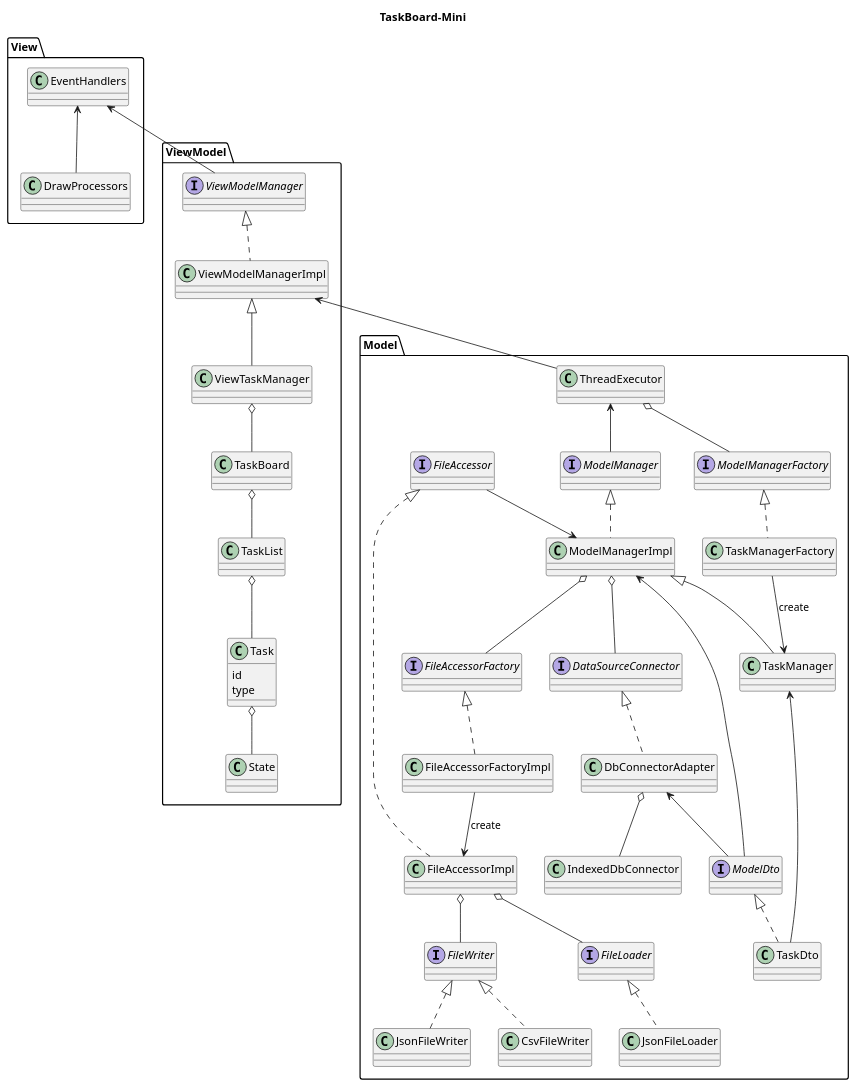
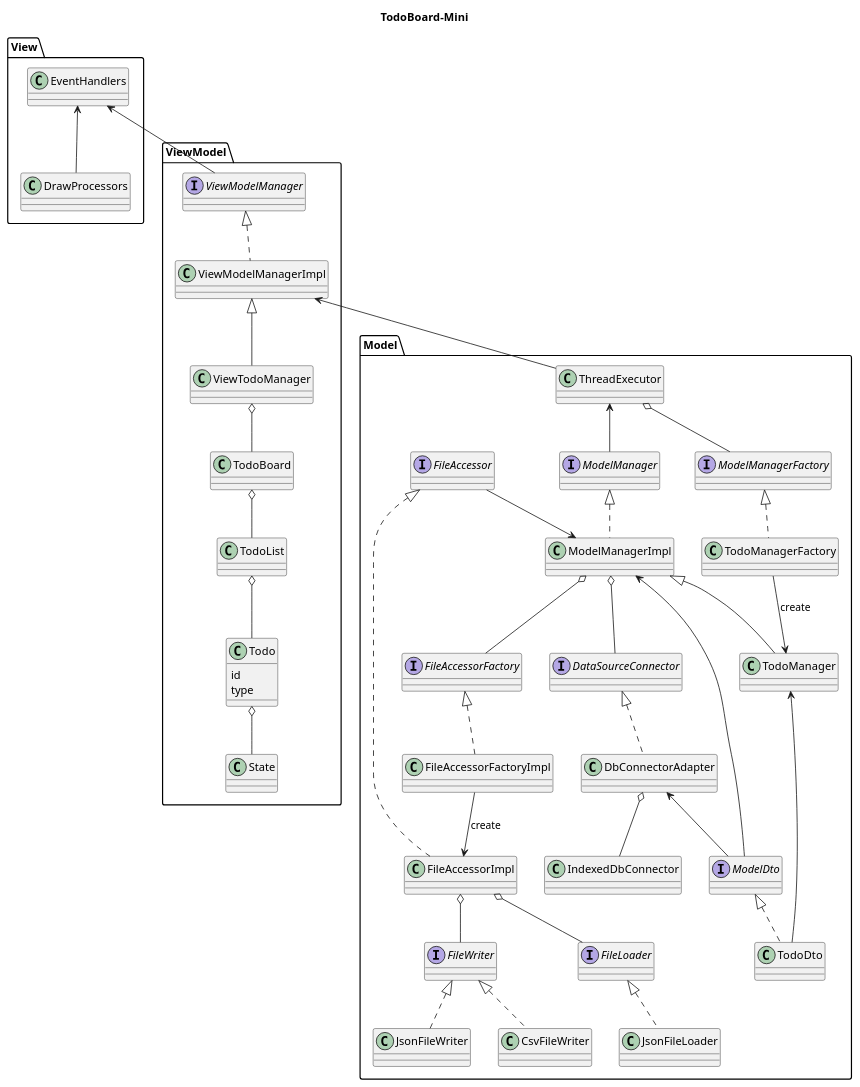
Before and after one commit to Symthy/TodoList-ts-pre: the diagram in doc/class.pu, drawn with PlantUML. The commit also changed 36 other files, not shown here.

Commit message:
feat: implementation create task

```diff
--- a/doc/class.pu
+++ b/doc/class.pu
@@ -1,78 +1,78 @@
 @startuml
-title TaskBoard-Mini
+title TodoBoard-Mini
 
 package "View" {
   class EventHandlers
   class DrawProcessors
   EventHandlers <-- DrawProcessors
 }
 
 package "ViewModel" {
   EventHandlers <-- ViewModelManager
 
-  class Task {
+  class Todo {
     id
     type
   }
   class State
   interface ViewModelManager
   class ViewModelManagerImpl
-  class ViewTaskManager
+  class ViewTodoManager
   ViewModelManager <|.. ViewModelManagerImpl
-  ViewModelManagerImpl <|-- ViewTaskManager
-  ViewTaskManager o-- TaskBoard
-  TaskBoard o-- TaskList
-  TaskList o-- Task
-  Task o-- State
+  ViewModelManagerImpl <|-- ViewTodoManager
+  ViewTodoManager o-- TodoBoard
+  TodoBoard o-- TodoList
+  TodoList o-- Todo
+  Todo o-- State
 }
 
-' ViewTaskManager --> ModelManager
+' ViewTodoManager --> ModelManager
 
 package "Model" {
   class ThreadExecutor
   ViewModelManagerImpl <-- ThreadExecutor
   ThreadExecutor o-- ModelManagerFactory
   ThreadExecutor <-- ModelManager
 
   interface ModelManager
   interface ModelManagerFactory
   interface ModelDto
   class ModelManagerImpl
-  class TaskManager
-  class TaskManagerFactory
-  class TaskDto
+  class TodoManager
+  class TodoManagerFactory
+  class TodoDto
   ModelManager <|.. ModelManagerImpl
-  ModelManagerImpl <|-- TaskManager
-  ModelManagerFactory <|.. TaskManagerFactory
-  ModelDto <|.. TaskDto
-  TaskManager <-- TaskDto
+  ModelManagerImpl <|-- TodoManager
+  ModelManagerFactory <|.. TodoManagerFactory
+  ModelDto <|.. TodoDto
+  TodoManager <-- TodoDto
   ModelManagerImpl <-- ModelDto
-  TaskManagerFactory --> TaskManager : create
+  TodoManagerFactory --> TodoManager : create
 
   ModelManagerImpl o-- DataSourceConnector
   ModelManagerImpl o-- FileAccessorFactory
   DbConnectorAdapter <-- ModelDto
 
   interface DataSourceConnector
   class DbConnectorAdapter
   class IndexedDbConnector
   DataSourceConnector <|.. DbConnectorAdapter
   DbConnectorAdapter o-- IndexedDbConnector
 
   FileAccessor --> ModelManagerImpl
 
   interface FileAccessorFactory
   class FileAccessorFactoryImpl
   interface FileWriter
   interface FileLoader
   interface FileAccessor
   FileAccessorFactory <|.. FileAccessorFactoryImpl
   FileAccessorFactoryImpl --> FileAccessorImpl : create
   FileAccessor <|.. FileAccessorImpl
   FileAccessorImpl o-- FileWriter
   FileAccessorImpl o-- FileLoader
   FileWriter <|.. CsvFileWriter
   FileWriter <|.. JsonFileWriter
   FileLoader <|.. JsonFileLoader
 }
 @enduml
```
